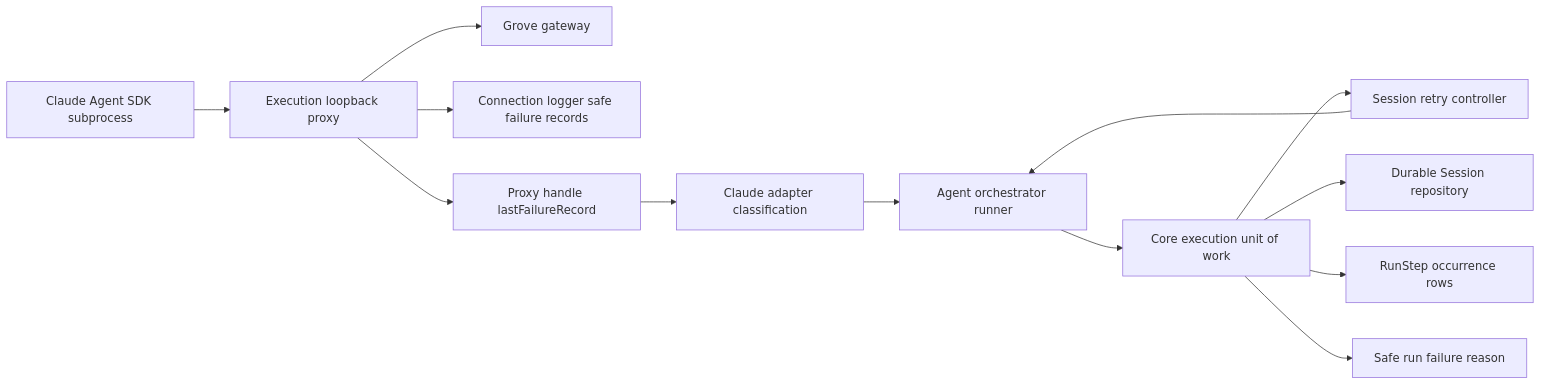
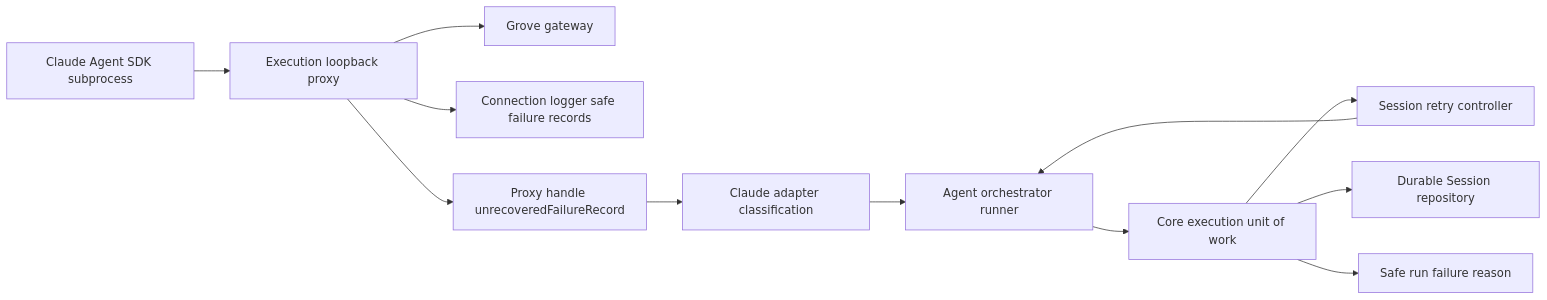
Before and after one commit to markdstafford/autocatalyst: the second of 2 diagrams in context-human/specs/enhancement-grove-proxy-failure-retry-session-retry.md, drawn with Mermaid. The commit also changed other lines of this file, not shown here.

Commit message:
docs: revise enhancement spec grove-proxy-failure-retry-session-retry

````diff
--- a/context-human/specs/enhancement-grove-proxy-failure-retry-session-retry.md
+++ b/context-human/specs/enhancement-grove-proxy-failure-retry-session-retry.md
@@ -112,15 +107,14 @@
 ```mermaid
 flowchart LR
     Claude[Claude Agent SDK subprocess] --> Proxy[Execution loopback proxy]
     Proxy --> Grove[Grove gateway]
     Proxy --> Logger[Connection logger safe failure records]
-    Proxy --> Handle[Proxy handle lastFailureRecord]
+    Proxy --> Handle[Proxy handle unrecoveredFailureRecord]
     Handle --> Adapter[Claude adapter classification]
     Adapter --> Runner[Agent orchestrator runner]
     Runner --> UOW[Core execution unit of work]
     UOW --> Retry[Session retry controller]
     Retry --> Runner
     UOW --> Sessions[Durable Session repository]
-    UOW --> Steps[RunStep occurrence rows]
     UOW --> Failure[Safe run failure reason]
 ```
````
